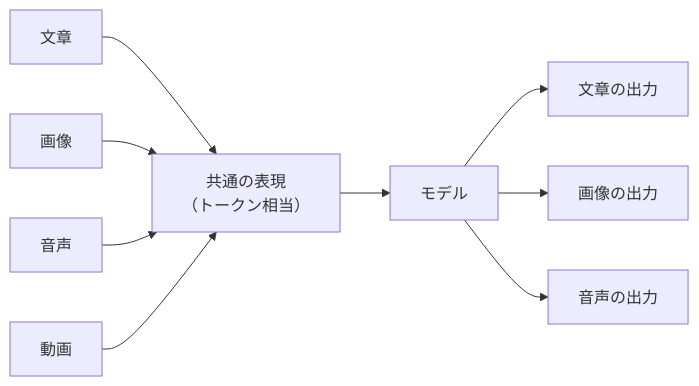
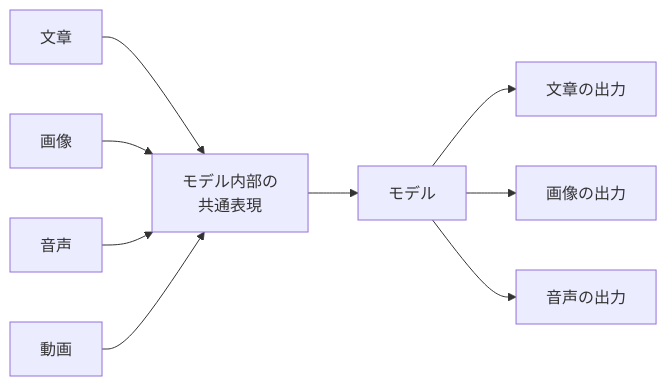
Before and after one commit to ma2saka/docs-claude-sample: the diagram in docs/03-multimodal.md, drawn with Mermaid. The commit also changed other lines of this file and 1 other file, not shown here.

````diff
--- a/docs/03-multimodal.md
+++ b/docs/03-multimodal.md
@@ -19,11 +19,11 @@
 ```mermaid
 flowchart LR
-    T["文章"] --> E["共通の表現<br/>（トークン相当）"]
+    T["文章"] --> E["モデル内部の<br/>共通表現"]
     I["画像"] --> E
     A["音声"] --> E
     V["動画"] --> E
     E --> M["モデル"]
     M --> OT["文章の出力"]
     M --> OI["画像の出力"]
     M --> OA["音声の出力"]
 ```
````
